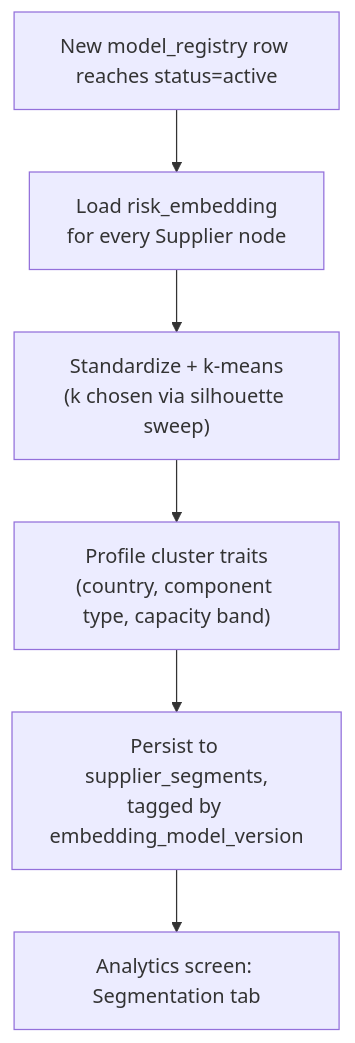
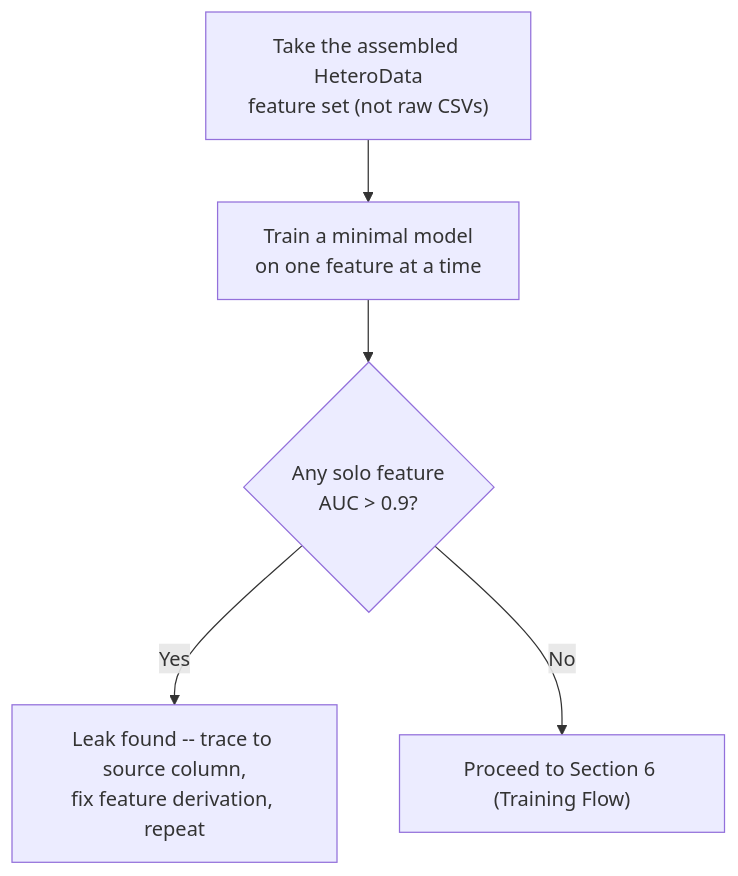
Before and after one commit to murali-ftw/ChainPilot: the fourth of 4 diagrams in docs/04_Application_Flow.md, drawn with Mermaid. The commit also changed other lines of this file and 22 other files, not shown here.

````diff
--- a/docs/04_Application_Flow.md
+++ b/docs/04_Application_Flow.md
@@ -521,8 +100,7 @@
 ```mermaid
 flowchart TD
-    A["New model_registry row reaches status=active"] --> B["Load risk_embedding\nfor every Supplier node"]
-    B --> C["Standardize + k-means\n(k chosen via silhouette sweep)"]
-    C --> D["Profile cluster traits\n(country, component type, capacity band)"]
-    D --> E["Persist to supplier_segments,\ntagged by embedding_model_version"]
-    E --> F["Analytics screen: Segmentation tab"]
+    A["Take the assembled HeteroData\nfeature set (not raw CSVs)"] --> B["Train a minimal model\non one feature at a time"]
+    B --> C{"Any solo feature\nAUC > 0.9?"}
+    C -->|Yes| D["Leak found -- trace to source column,\nfix feature derivation, repeat"]
+    C -->|No| E["Proceed to Section 6 (Training Flow)"]
 ```
````
